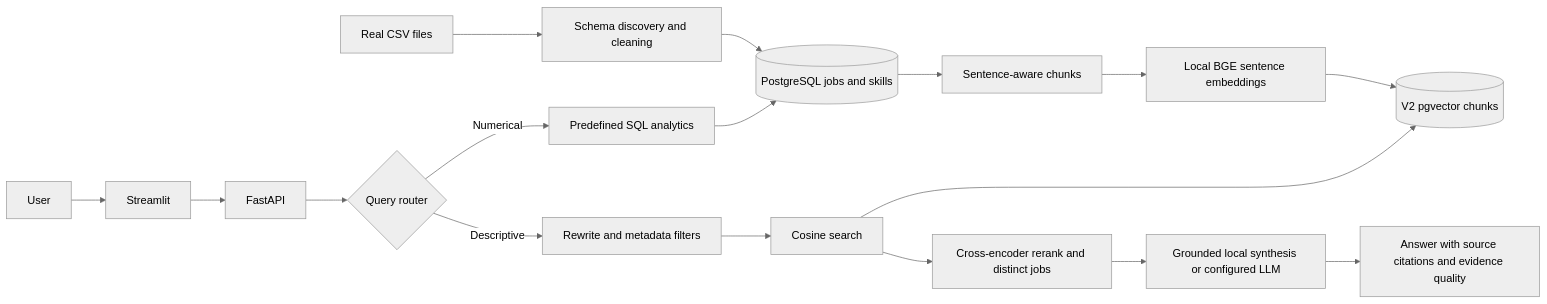
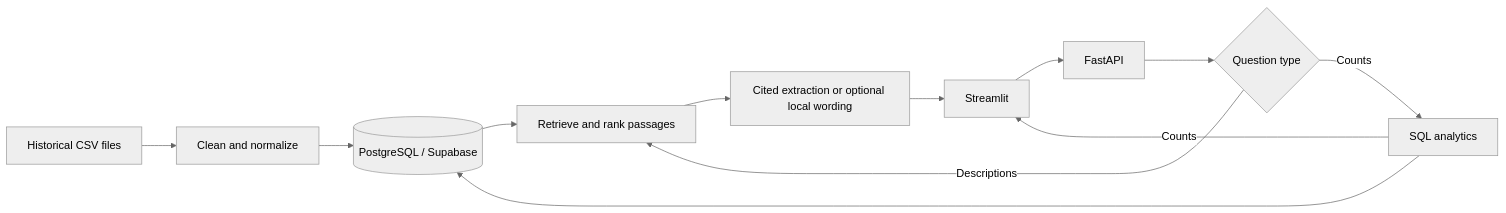
The diagram in data-job-market-intelligence/README.md (lfadoua/Data-Projects), drawn with Mermaid (neutral theme) before and after one commit. The commit also changed other lines of this file and 75 other files, not shown here.

````diff
--- a/data-job-market-intelligence/README.md
+++ b/data-job-market-intelligence/README.md
@@ -23,16 +37,14 @@
 ```mermaid
 flowchart LR
-    A[Real CSV files] --> B[Schema discovery and cleaning]
-    B --> C[(PostgreSQL jobs and skills)]
-    C --> D[Sentence-aware chunks]
-    D --> E[Local BGE sentence embeddings]
-    E --> F[(V2 pgvector chunks)]
-    U[User] --> S[Streamlit] --> API[FastAPI]
-    API --> R{Query router}
-    R -->|Numerical| SQL[Predefined SQL analytics] --> C
-    R -->|Descriptive| Q[Rewrite and metadata filters]
-    Q --> V[Cosine search] --> F
-    V --> K[Cross-encoder rerank and distinct jobs]
-    K --> G[Grounded local synthesis or configured LLM]
-    G --> O[Answer with source citations and evidence quality]
+    CSV[Historical CSV files] --> ETL[Clean and normalize]
+    ETL --> DB[(PostgreSQL / Supabase)]
+    UI[Streamlit] --> API[FastAPI]
+    API --> Route{Question type}
+    Route -->|Counts| SQL[SQL analytics]
+    SQL --> DB
+    SQL -->|Counts| UI
+    Route -->|Descriptions| RAG[Retrieve and rank passages]
+    DB --> RAG
+    RAG --> Answer[Cited extraction or optional local wording]
+    Answer --> UI
 ```
````
